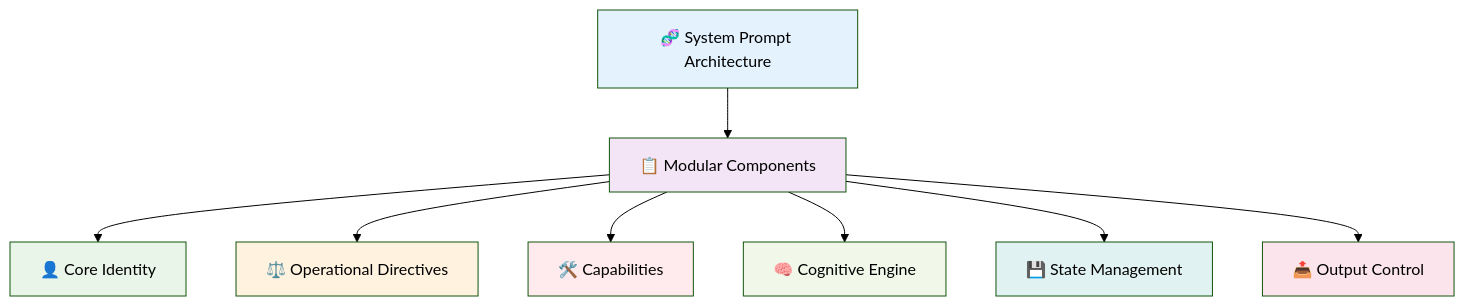
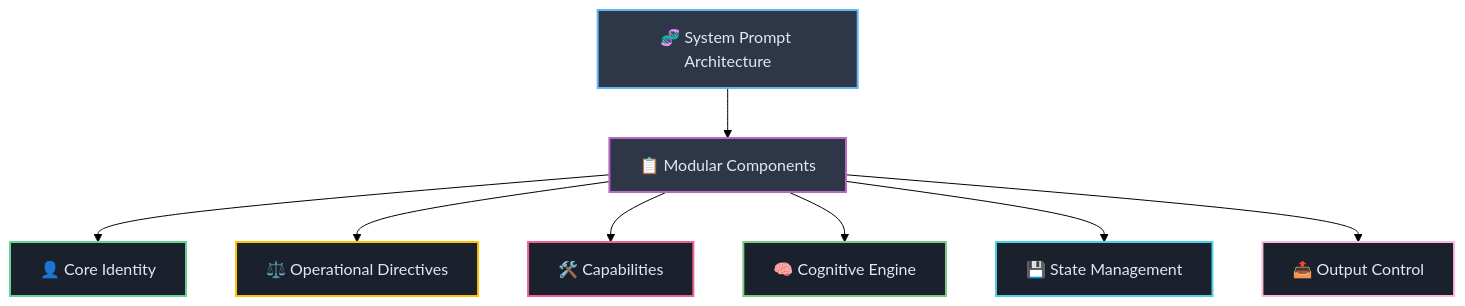
One commit to josemlopez/prompt_tutorial changed the first of 8 diagrams in Part_II_Section_5_The_Anatomy_of_an_Agentic_System_Prompt_A_Universal_Blueprint.md. Above: the diagram before and after it, drawn with Mermaid (forest theme). The commit also changed other lines of this file and 7 other files, not shown here.

````diff
--- a/Part_II_Section_5_The_Anatomy_of_an_Agentic_System_Prompt_A_Universal_Blueprint.md
+++ b/Part_II_Section_5_The_Anatomy_of_an_Agentic_System_Prompt_A_Universal_Blueprint.md
@@ -5,20 +5,20 @@
 ```mermaid
 graph TB
-    A[🧬 System Prompt Architecture] --> B[📋 Modular Components]
-    
-    B --> C[👤 Core Identity]
-    B --> D[⚖️ Operational Directives]
-    B --> E[🛠️ Capabilities]
-    B --> F[🧠 Cognitive Engine]
-    B --> G[💾 State Management]
-    B --> H[📤 Output Control]
-    
-    style A fill:#e3f2fd
-    style B fill:#f3e5f5
-    style C fill:#e8f5e8
-    style D fill:#fff3e0
-    style E fill:#ffebee
-    style F fill:#f1f8e9
-    style G fill:#e0f2f1
-    style H fill:#fce4ec
+   A[🧬 System Prompt Architecture] --> B[📋 Modular Components]
+   
+   B --> C[👤 Core Identity]
+   B --> D[⚖️ Operational Directives]
+   B --> E[🛠️ Capabilities]
+   B --> F[🧠 Cognitive Engine]
+   B --> G[💾 State Management]
+   B --> H[📤 Output Control]
+   
+   style A fill:#2d3748,stroke:#64b5f6,stroke-width:2px,color:#e2e8f0
+   style B fill:#2d3748,stroke:#ba68c8,stroke-width:2px,color:#e2e8f0
+   style C fill:#1a202c,stroke:#68d391,stroke-width:2px,color:#e2e8f0
+   style D fill:#1a202c,stroke:#ffc107,stroke-width:2px,color:#e2e8f0
+   style E fill:#1a202c,stroke:#f06292,stroke-width:2px,color:#e2e8f0
+   style F fill:#1a202c,stroke:#81c784,stroke-width:2px,color:#e2e8f0
+   style G fill:#1a202c,stroke:#4dd0e1,stroke-width:2px,color:#e2e8f0
+   style H fill:#1a202c,stroke:#f8bbd9,stroke-width:2px,color:#e2e8f0
 ```
````
